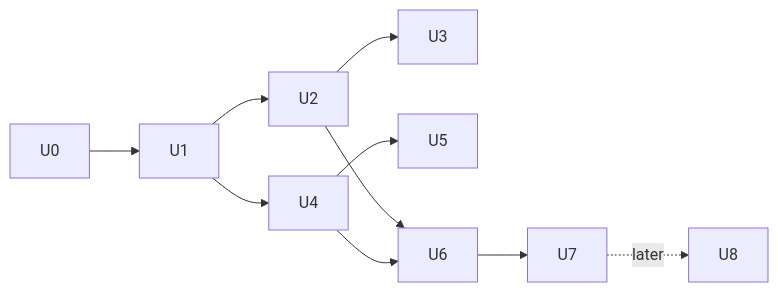
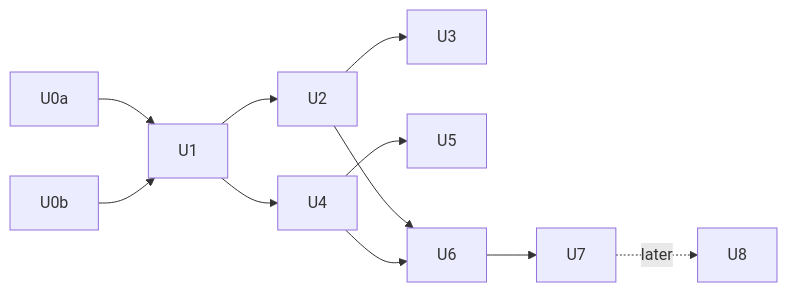
The second of 2 diagrams in docs/history/plan-960-one-system-for-definitions.md (Mincher/sherpa-ui), drawn with Mermaid before and after one commit. The commit also changed other lines of this file and 1 other file, not shown here.

Commit message:
docs(960): the peers' corrections — pageWithQuery writes page.v1 (a View is not written back); a graph keeps its own layout; statuses; D6 (what one Filter keeps); U0 split into U0a (now) and U0b (after D4)

````diff
--- a/docs/history/plan-960-one-system-for-definitions.md
+++ b/docs/history/plan-960-one-system-for-definitions.md
@@ -244,8 +254,9 @@
 ```mermaid
 flowchart LR
-  U0 --> U1 --> U2 --> U3
+  U0a --> U1 --> U2 --> U3
+  U0b --> U1
   U1 --> U4 --> U5
   U2 --> U6
   U4 --> U6 --> U7
   U7 -. later .-> U8
 ```
````
